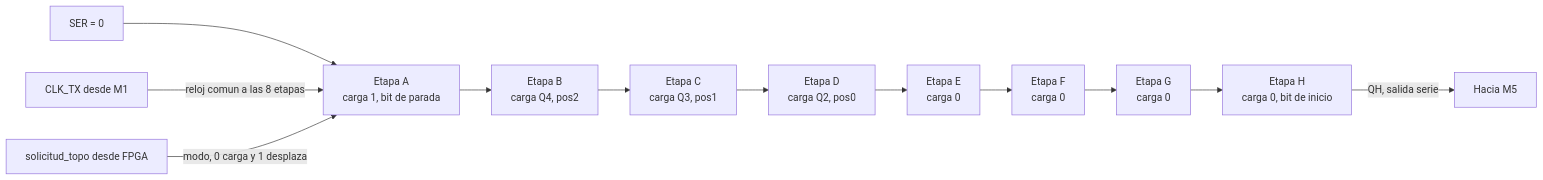
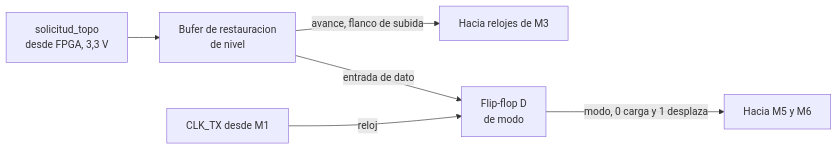
One commit to Taller-de-diseno-digital-GR01/Proyecto-1-Whack-a-mole changed the first of 2 diagrams in Diagramas/diagrama_lvl_4.md. Above: the diagram before and after it, drawn with Mermaid. The commit also changed other lines of this file, not shown here.

Commit message:
Diagrama de cuarto nivel con imagenes

````diff
--- a/Diagramas/diagrama_lvl_4.md
+++ b/Diagramas/diagrama_lvl_4.md
@@ -267,14 +100,8 @@
 ```mermaid
 flowchart LR
-    SER["SER = 0"] --> EA["Etapa A<br/>carga 1, bit de parada"]
-    EA --> EB["Etapa B<br/>carga Q4, pos2"]
-    EB --> EC["Etapa C<br/>carga Q3, pos1"]
-    EC --> ED["Etapa D<br/>carga Q2, pos0"]
-    ED --> EE["Etapa E<br/>carga 0"]
-    EE --> EF["Etapa F<br/>carga 0"]
-    EF --> EG["Etapa G<br/>carga 0"]
-    EG --> EH["Etapa H<br/>carga 0, bit de inicio"]
-    EH -->|"QH, salida serie"| M5D["Hacia M5"]
-    CLK["CLK_TX desde M1"] -->|"reloj comun a las 8 etapas"| EA
-    SOL["solicitud_topo desde FPGA"] -->|"modo, 0 carga y 1 desplaza"| EA
+    SOL["solicitud_topo<br/>desde FPGA, 3,3 V"] --> BUF["Bufer de restauracion<br/>de nivel"]
+    BUF -->|"avance, flanco de subida"| M3D["Hacia relojes de M3"]
+    BUF -->|"entrada de dato"| FFM["Flip-flop D<br/>de modo"]
+    CLK["CLK_TX desde M1"] -->|"reloj"| FFM
+    FFM -->|"modo, 0 carga y 1 desplaza"| DEST["Hacia M5 y M6"]
 ```
````
